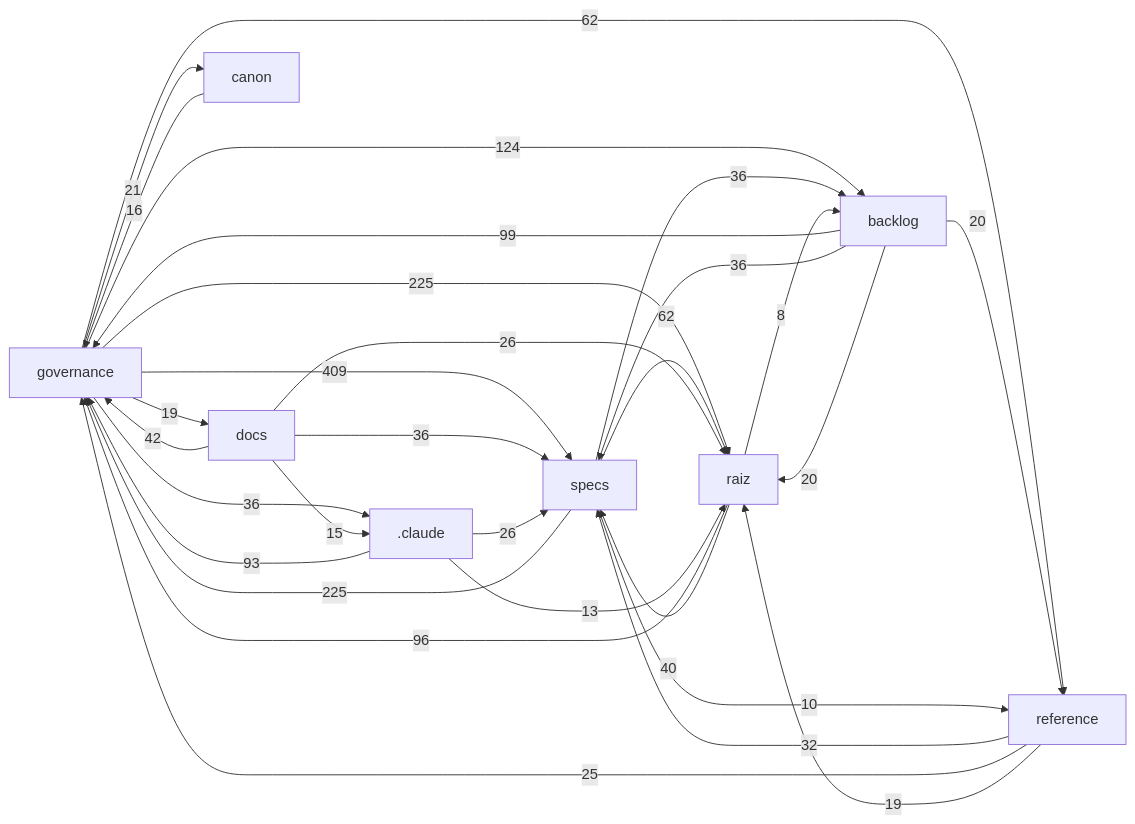
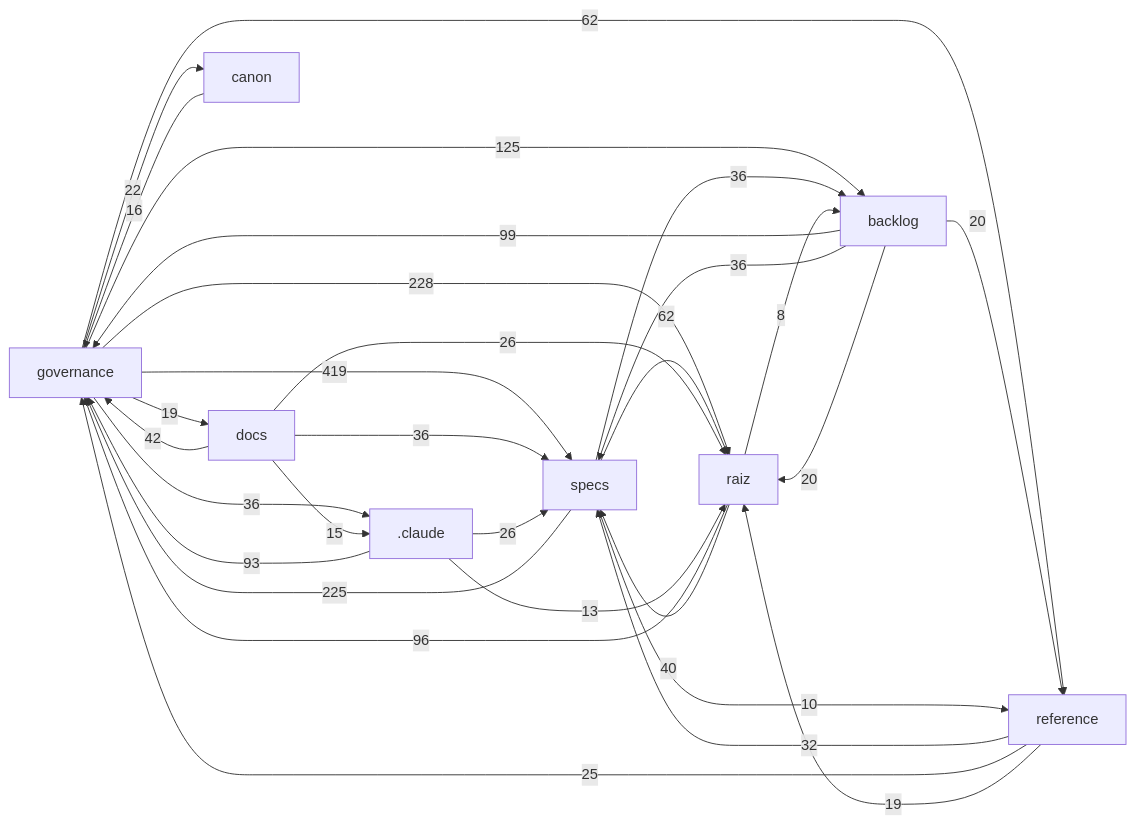
The diagram in docs/mapa/MAPA-PROJETO.md (Andraus35/Sistema-Operacional-de-Trading--SOT), drawn with Mermaid before and after one commit. The commit also changed other lines of this file and 2 other files, not shown here.

````diff
--- a/docs/mapa/MAPA-PROJETO.md
+++ b/docs/mapa/MAPA-PROJETO.md
@@ -29,32 +29,32 @@
 ```mermaid
 flowchart LR
-  governance["governance"] -->|409| specs["specs"]
-  governance["governance"] -->|225| raiz["raiz"]
+  governance["governance"] -->|419| specs["specs"]
+  governance["governance"] -->|228| raiz["raiz"]
   specs["specs"] -->|225| governance["governance"]
-  governance["governance"] -->|124| backlog["backlog"]
+  governance["governance"] -->|125| backlog["backlog"]
   backlog["backlog"] -->|99| governance["governance"]
   raiz["raiz"] -->|96| governance["governance"]
   _claude[".claude"] -->|93| governance["governance"]
   governance["governance"] -->|62| reference["reference"]
   specs["specs"] -->|62| raiz["raiz"]
   docs["docs"] -->|42| governance["governance"]
   raiz["raiz"] -->|40| specs["specs"]
   backlog["backlog"] -->|36| specs["specs"]
   docs["docs"] -->|36| specs["specs"]
   governance["governance"] -->|36| _claude[".claude"]
   specs["specs"] -->|36| backlog["backlog"]
   reference["reference"] -->|32| specs["specs"]
   _claude[".claude"] -->|26| specs["specs"]
   docs["docs"] -->|26| raiz["raiz"]
   reference["reference"] -->|25| governance["governance"]
-  governance["governance"] -->|21| canon["canon"]
+  governance["governance"] -->|22| canon["canon"]
   backlog["backlog"] -->|20| raiz["raiz"]
   backlog["backlog"] -->|20| reference["reference"]
   governance["governance"] -->|19| docs["docs"]
   reference["reference"] -->|19| raiz["raiz"]
   canon["canon"] -->|16| governance["governance"]
   docs["docs"] -->|15| _claude[".claude"]
   _claude[".claude"] -->|13| raiz["raiz"]
   specs["specs"] -->|10| reference["reference"]
   raiz["raiz"] -->|8| backlog["backlog"]
 ```
````
